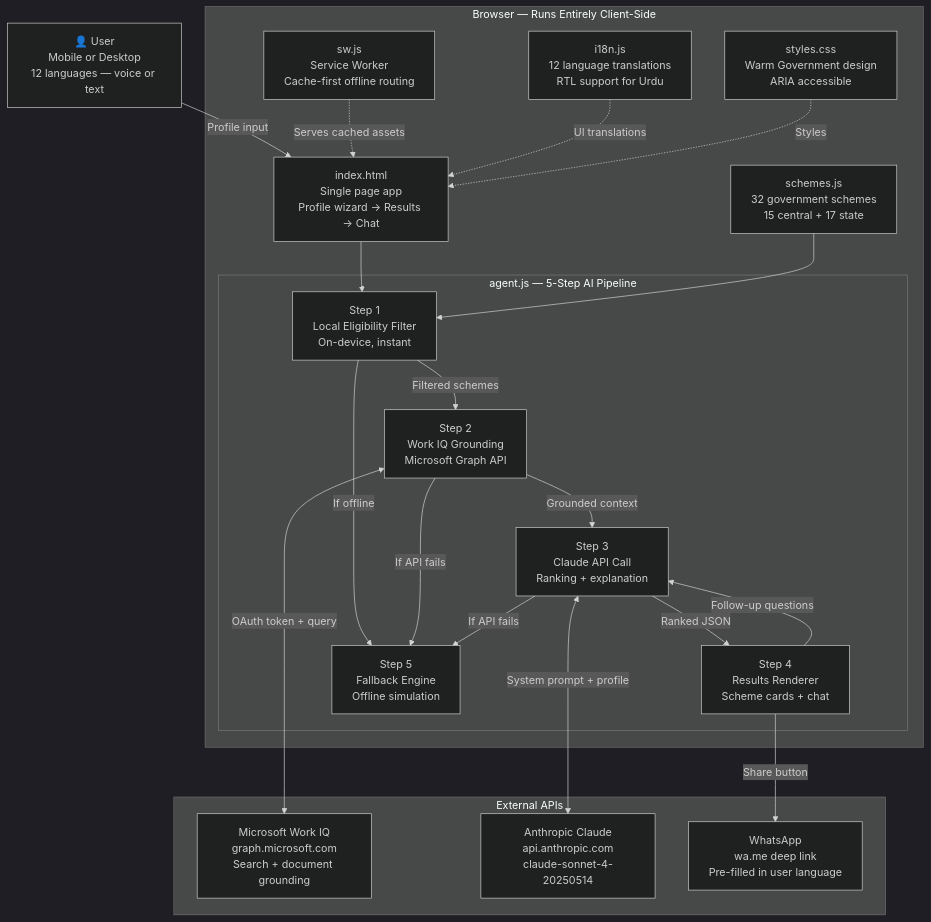
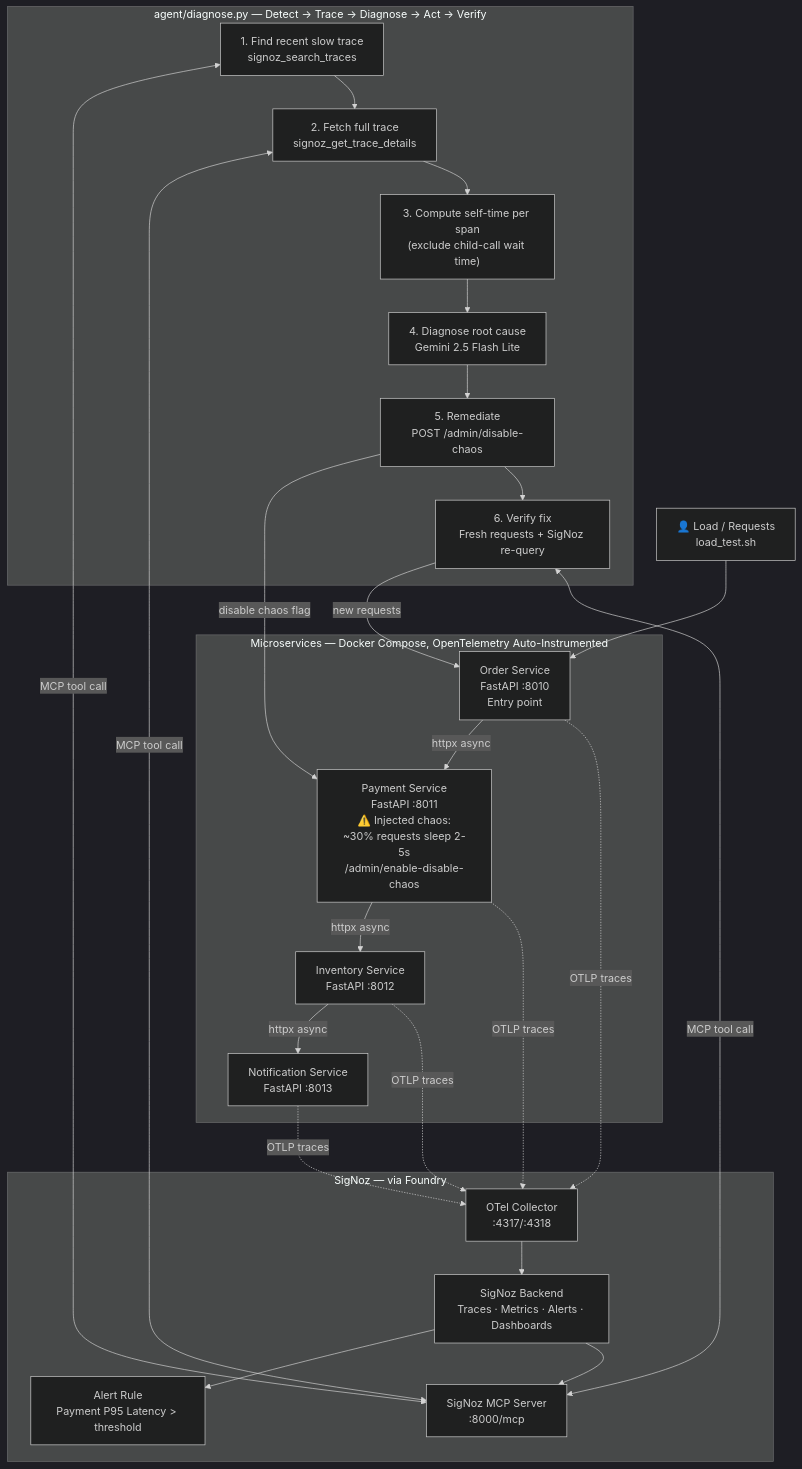
The diagram in ARCHITECTURE.md (shiv-codez/cascade-detective), drawn with Mermaid (dark theme) before and after one commit. The commit also changed other lines of this file, not shown here.

Commit message:
Fix markdown formatting in ARCHITECTURE.md

````diff
--- a/ARCHITECTURE.md
+++ b/ARCHITECTURE.md
@@ -14,44 +12,48 @@
 ```mermaid
 flowchart TD
-    USER["👤 User\nMobile or Desktop\n12 languages — voice or text"]
+    USER["👤 Load / Requests\nload_test.sh"]
 
-    subgraph Browser ["Browser — Runs Entirely Client-Side"]
-        SW["sw.js\nService Worker\nCache-first offline routing"]
-        HTML["index.html\nSingle page app\nProfile wizard → Results → Chat"]
-        CSS["styles.css\nWarm Government design\nARIA accessible"]
-        I18N["i18n.js\n12 language translations\nRTL support for Urdu"]
-
-        subgraph Agent ["agent.js — 5-Step AI Pipeline"]
-            STEP1["Step 1\nLocal Eligibility Filter\nOn-device, instant"]
-            STEP2["Step 2\nWork IQ Grounding\nMicrosoft Graph API"]
-            STEP3["Step 3\nClaude API Call\nRanking + explanation"]
-            STEP4["Step 4\nResults Renderer\nScheme cards + chat"]
-            STEP5["Step 5\nFallback Engine\nOffline simulation"]
-        end
-
-        DB["schemes.js\n32 government schemes\n15 central + 17 state"]
+    subgraph Services ["Microservices — Docker Compose, OpenTelemetry Auto-Instrumented"]
+        ORDER["Order Service\nFastAPI :8010\nEntry point"]
+        PAYMENT["Payment Service\nFastAPI :8011\n⚠️ Injected chaos:\n~30% requests sleep 2-5s\n/admin/enable-disable-chaos"]
+        INVENTORY["Inventory Service\nFastAPI :8012"]
+        NOTIFY["Notification Service\nFastAPI :8013"]
     end
 
-    subgraph External ["External APIs"]
-        WORKIQ["Microsoft Work IQ\ngraph.microsoft.com\nSearch + document grounding"]
-        CLAUDE["Anthropic Claude\napi.anthropic.com\nclaude-sonnet-4-20250514"]
-        WHATSAPP["WhatsApp\nwa.me deep link\nPre-filled in user language"]
+    subgraph Observability ["SigNoz — via Foundry"]
+        COLLECTOR["OTel Collector\n:4317/:4318"]
+        SIGNOZ["SigNoz Backend\nTraces · Metrics · Alerts · Dashboards"]
+        ALERT["Alert Rule\nPayment P95 Latency > threshold"]
+        MCP["SigNoz MCP Server\n:8000/mcp"]
     end
 
-    USER -->|Profile input| HTML
-    HTML --> STEP1
-    DB --> STEP1
-    STEP1 -->|Filtered schemes| STEP2
-    STEP2 <-->|OAuth token + query| WORKIQ
-    STEP2 -->|Grounded context| STEP3
-    STEP3 <-->|System prompt + profile| CLAUDE
-    STEP3 -->|Ranked JSON| STEP4
-    STEP4 -->|Follow-up questions| STEP3
-    STEP4 -->|Share button| WHATSAPP
-    STEP1 -->|If offline| STEP5
-    STEP2 -->|If API fails| STEP5
-    STEP3 -->|If API fails| STEP5
-    SW -.->|Serves cached assets| HTML
-    I18N -.->|UI translations| HTML
-    CSS -.->|Styles| HTML
+    subgraph Agent ["agent/diagnose.py — Detect → Trace → Diagnose → Act → Verify"]
+        FIND["1. Find recent slow trace\nsignoz_search_traces"]
+        FETCH["2. Fetch full trace\nsignoz_get_trace_details"]
+        SELFTIME["3. Compute self-time per span\n(exclude child-call wait time)"]
+        GEMINI["4. Diagnose root cause\nGemini 2.5 Flash Lite"]
+        ACT["5. Remediate\nPOST /admin/disable-chaos"]
+        VERIFY["6. Verify fix\nFresh requests + SigNoz re-query"]
+    end
+
+    USER --> ORDER
+    ORDER -->|httpx async| PAYMENT
+    PAYMENT -->|httpx async| INVENTORY
+    INVENTORY -->|httpx async| NOTIFY
+
+    ORDER -.->|OTLP traces| COLLECTOR
+    PAYMENT -.->|OTLP traces| COLLECTOR
+    INVENTORY -.->|OTLP traces| COLLECTOR
+    NOTIFY -.->|OTLP traces| COLLECTOR
+    COLLECTOR --> SIGNOZ
+    SIGNOZ --> ALERT
+    SIGNOZ --> MCP
+
+    FIND <-->|MCP tool call| MCP
+    FETCH <-->|MCP tool call| MCP
+    FIND --> FETCH --> SELFTIME --> GEMINI --> ACT
+    ACT -->|disable chaos flag| PAYMENT
+    ACT --> VERIFY
+    VERIFY -->|new requests| ORDER
+    VERIFY <-->|MCP tool call| MCP
 ```
````
